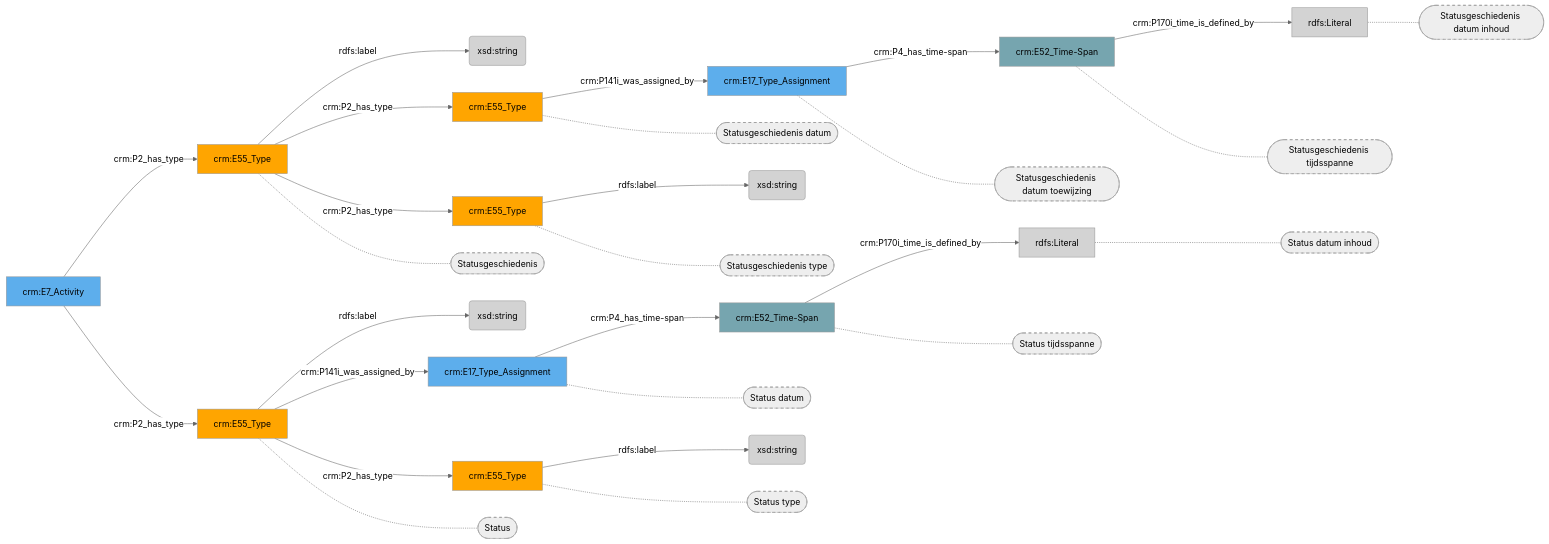
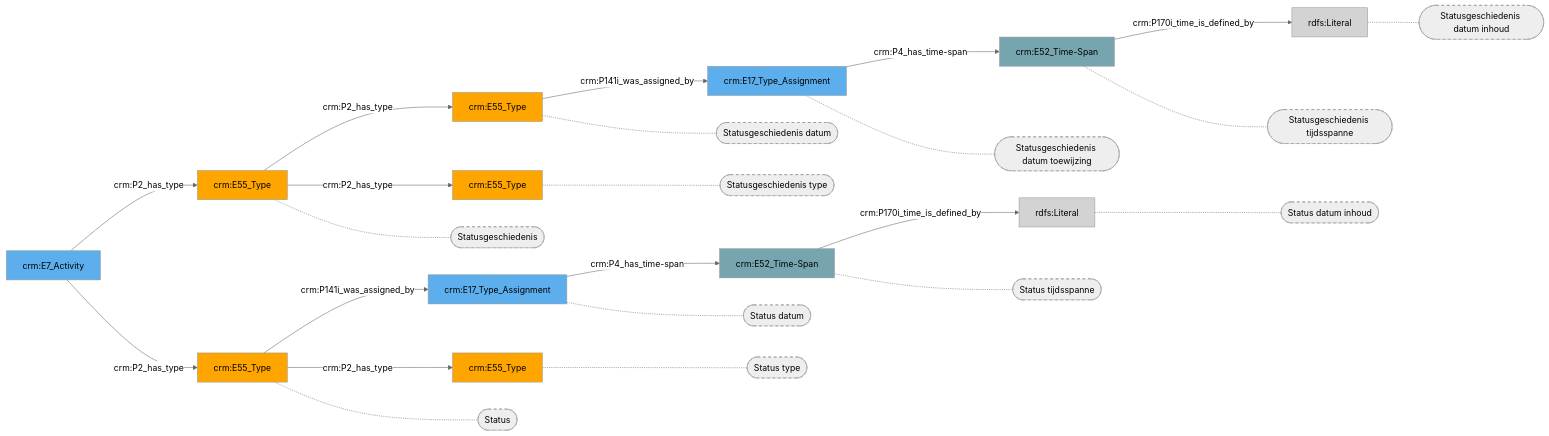
One commit to digipolisantwerpdocumentation/antwerp-cultureel-erfgoed changed the diagram in docs/content/modellen/LoanIn/Status.md. Above: the diagram before and after it, drawn with Mermaid (neutral theme). The commit also changed 170 other files, not shown here.

````diff
--- a/docs/content/modellen/LoanIn/Status.md
+++ b/docs/content/modellen/LoanIn/Status.md
@@ -1,56 +1,48 @@
 ```mermaid
 graph LR
-248c0a58-dd34-11ee-96b6-960002548b4f["crm:E55_Type"]-->|"rdfs:label"|d1dacec5-e759-11ee-99a4-960002548b4f(xsd:string)
+style 248c0a58-dd34-11ee-96b6-960002548b4f fill:#ffa500
+style 2e8f1a81-e6ca-11ee-889d-960002548b4f fill:#5DAEEC
+style 350de3c0-e75d-11ee-b98b-960002548b4f fill:#ffa500
+style 44aa15f1-e6ca-11ee-8692-960002548b4f fill:#76A5AF
+style 46f91387-e75d-11ee-9b3f-960002548b4f fill:#5DAEEC
+style 5a67bd0e-e75d-11ee-b8aa-960002548b4f fill:#76A5AF
+style 61ae3a04-e75d-11ee-af2b-960002548b4f fill:#D3D3D3
+style 638ceb79-e6ca-11ee-b29a-960002548b4f fill:#D3D3D3
+style c585cc26-cc05-11ee-876f-960002548b4f fill:#5DAEEC
+style e5c31f83-dd36-11ee-a688-960002548b4f fill:#ffa500
+style f89610b8-dd34-11ee-b12b-960002548b4f fill:#ffa500
+style fc175863-dd36-11ee-8bcd-960002548b4f fill:#ffa500
 44aa15f1-e6ca-11ee-8692-960002548b4f["crm:E52_Time-Span"]-->|"crm:P170i_time_is_defined_by"|638ceb79-e6ca-11ee-b29a-960002548b4f(rdfs:Literal)
 5a67bd0e-e75d-11ee-b8aa-960002548b4f["crm:E52_Time-Span"]-->|"crm:P170i_time_is_defined_by"|61ae3a04-e75d-11ee-af2b-960002548b4f(rdfs:Literal)
-e5c31f83-dd36-11ee-a688-960002548b4f["crm:E55_Type"]-->|"rdfs:label"|ee3fdca2-e755-11ee-9f52-960002548b4f(xsd:string)
-f89610b8-dd34-11ee-b12b-960002548b4f["crm:E55_Type"]-->|"rdfs:label"|e0e6f504-e759-11ee-860c-960002548b4f(xsd:string)
-fc175863-dd36-11ee-8bcd-960002548b4f["crm:E55_Type"]-->|"rdfs:label"|f9ea68a6-e755-11ee-9d41-960002548b4f(xsd:string)
 248c0a58-dd34-11ee-96b6-960002548b4f["crm:E55_Type"]-->|"crm:P2_has_type"|350de3c0-e75d-11ee-b98b-960002548b4f["crm:E55_Type"]
 248c0a58-dd34-11ee-96b6-960002548b4f["crm:E55_Type"]-->|"crm:P2_has_type"|f89610b8-dd34-11ee-b12b-960002548b4f["crm:E55_Type"]
 2e8f1a81-e6ca-11ee-889d-960002548b4f["crm:E17_Type_Assignment"]-->|"crm:P4_has_time-span"|44aa15f1-e6ca-11ee-8692-960002548b4f["crm:E52_Time-Span"]
 350de3c0-e75d-11ee-b98b-960002548b4f["crm:E55_Type"]-->|"crm:P141i_was_assigned_by"|46f91387-e75d-11ee-9b3f-960002548b4f["crm:E17_Type_Assignment"]
 46f91387-e75d-11ee-9b3f-960002548b4f["crm:E17_Type_Assignment"]-->|"crm:P4_has_time-span"|5a67bd0e-e75d-11ee-b8aa-960002548b4f["crm:E52_Time-Span"]
 c585cc26-cc05-11ee-876f-960002548b4f["crm:E7_Activity"]-->|"crm:P2_has_type"|248c0a58-dd34-11ee-96b6-960002548b4f["crm:E55_Type"]
 c585cc26-cc05-11ee-876f-960002548b4f["crm:E7_Activity"]-->|"crm:P2_has_type"|e5c31f83-dd36-11ee-a688-960002548b4f["crm:E55_Type"]
 e5c31f83-dd36-11ee-a688-960002548b4f["crm:E55_Type"]-->|"crm:P141i_was_assigned_by"|2e8f1a81-e6ca-11ee-889d-960002548b4f["crm:E17_Type_Assignment"]
 e5c31f83-dd36-11ee-a688-960002548b4f["crm:E55_Type"]-->|"crm:P2_has_type"|fc175863-dd36-11ee-8bcd-960002548b4f["crm:E55_Type"]
+style 350de3c0-e75d-11ee-b98b-960002548b4f_s stroke-dasharray: 5
+style f89610b8-dd34-11ee-b12b-960002548b4f_s stroke-dasharray: 5
+style 44aa15f1-e6ca-11ee-8692-960002548b4f_s stroke-dasharray: 5
+style 46f91387-e75d-11ee-9b3f-960002548b4f_s stroke-dasharray: 5
+style 638ceb79-e6ca-11ee-b29a-960002548b4f_s stroke-dasharray: 5
+style 5a67bd0e-e75d-11ee-b8aa-960002548b4f_s stroke-dasharray: 5
+style 61ae3a04-e75d-11ee-af2b-960002548b4f_s stroke-dasharray: 5
+style 248c0a58-dd34-11ee-96b6-960002548b4f_s stroke-dasharray: 5
+style e5c31f83-dd36-11ee-a688-960002548b4f_s stroke-dasharray: 5
+style 2e8f1a81-e6ca-11ee-889d-960002548b4f_s stroke-dasharray: 5
+style fc175863-dd36-11ee-8bcd-960002548b4f_s stroke-dasharray: 5
 350de3c0-e75d-11ee-b98b-960002548b4f["crm:E55_Type"]-.-350de3c0-e75d-11ee-b98b-960002548b4f_s(["Statusgeschiedenis datum"])
 f89610b8-dd34-11ee-b12b-960002548b4f["crm:E55_Type"]-.-f89610b8-dd34-11ee-b12b-960002548b4f_s(["Statusgeschiedenis type"])
 44aa15f1-e6ca-11ee-8692-960002548b4f["crm:E52_Time-Span"]-.-44aa15f1-e6ca-11ee-8692-960002548b4f_s(["Status tijdsspanne"])
 46f91387-e75d-11ee-9b3f-960002548b4f["crm:E17_Type_Assignment"]-.-46f91387-e75d-11ee-9b3f-960002548b4f_s(["Statusgeschiedenis datum toewijzing"])
 638ceb79-e6ca-11ee-b29a-960002548b4f["rdfs:Literal"]-.-638ceb79-e6ca-11ee-b29a-960002548b4f_s(["Status datum inhoud"])
 5a67bd0e-e75d-11ee-b8aa-960002548b4f["crm:E52_Time-Span"]-.-5a67bd0e-e75d-11ee-b8aa-960002548b4f_s(["Statusgeschiedenis tijdsspanne"])
 61ae3a04-e75d-11ee-af2b-960002548b4f["rdfs:Literal"]-.-61ae3a04-e75d-11ee-af2b-960002548b4f_s(["Statusgeschiedenis datum inhoud"])
 248c0a58-dd34-11ee-96b6-960002548b4f["crm:E55_Type"]-.-248c0a58-dd34-11ee-96b6-960002548b4f_s(["Statusgeschiedenis"])
 e5c31f83-dd36-11ee-a688-960002548b4f["crm:E55_Type"]-.-e5c31f83-dd36-11ee-a688-960002548b4f_s(["Status"])
 2e8f1a81-e6ca-11ee-889d-960002548b4f["crm:E17_Type_Assignment"]-.-2e8f1a81-e6ca-11ee-889d-960002548b4f_s(["Status datum"])
 fc175863-dd36-11ee-8bcd-960002548b4f["crm:E55_Type"]-.-fc175863-dd36-11ee-8bcd-960002548b4f_s(["Status type"])
-style 350de3c0-e75d-11ee-b98b-960002548b4f_s stroke-dasharray: 5
-style f89610b8-dd34-11ee-b12b-960002548b4f_s stroke-dasharray: 5
-style 44aa15f1-e6ca-11ee-8692-960002548b4f_s stroke-dasharray: 5
-style 46f91387-e75d-11ee-9b3f-960002548b4f_s stroke-dasharray: 5
-style 638ceb79-e6ca-11ee-b29a-960002548b4f_s stroke-dasharray: 5
-style 5a67bd0e-e75d-11ee-b8aa-960002548b4f_s stroke-dasharray: 5
-style 61ae3a04-e75d-11ee-af2b-960002548b4f_s stroke-dasharray: 5
-style 248c0a58-dd34-11ee-96b6-960002548b4f_s stroke-dasharray: 5
-style e5c31f83-dd36-11ee-a688-960002548b4f_s stroke-dasharray: 5
-style 2e8f1a81-e6ca-11ee-889d-960002548b4f_s stroke-dasharray: 5
-style fc175863-dd36-11ee-8bcd-960002548b4f_s stroke-dasharray: 5
-style 248c0a58-dd34-11ee-96b6-960002548b4f fill:#ffa500
-style 2e8f1a81-e6ca-11ee-889d-960002548b4f fill:#5DAEEC
-style 350de3c0-e75d-11ee-b98b-960002548b4f fill:#ffa500
-style 44aa15f1-e6ca-11ee-8692-960002548b4f fill:#76A5AF
-style 46f91387-e75d-11ee-9b3f-960002548b4f fill:#5DAEEC
-style 5a67bd0e-e75d-11ee-b8aa-960002548b4f fill:#76A5AF
-style 61ae3a04-e75d-11ee-af2b-960002548b4f fill:#D3D3D3
-style 638ceb79-e6ca-11ee-b29a-960002548b4f fill:#D3D3D3
-style c585cc26-cc05-11ee-876f-960002548b4f fill:#5DAEEC
-style d1dacec5-e759-11ee-99a4-960002548b4f fill:#D3D3D3
-style e0e6f504-e759-11ee-860c-960002548b4f fill:#D3D3D3
-style e5c31f83-dd36-11ee-a688-960002548b4f fill:#ffa500
-style ee3fdca2-e755-11ee-9f52-960002548b4f fill:#D3D3D3
-style f89610b8-dd34-11ee-b12b-960002548b4f fill:#ffa500
-style f9ea68a6-e755-11ee-9d41-960002548b4f fill:#D3D3D3
-style fc175863-dd36-11ee-8bcd-960002548b4f fill:#ffa500
 ```
````
